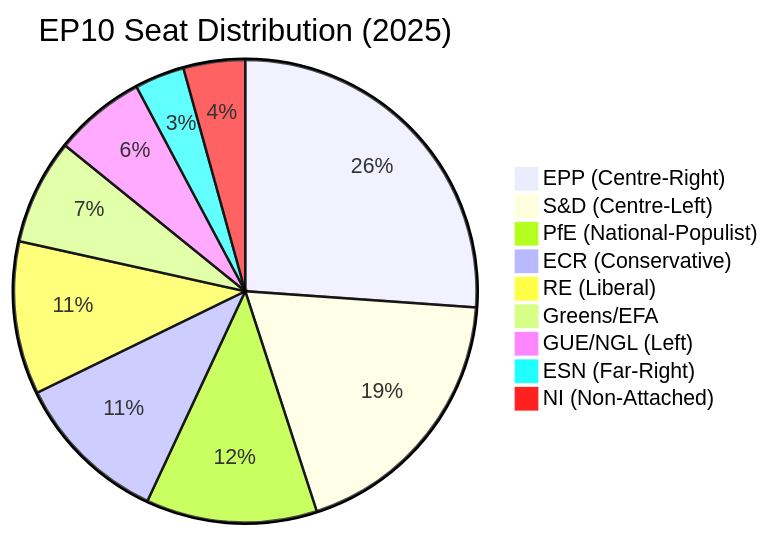
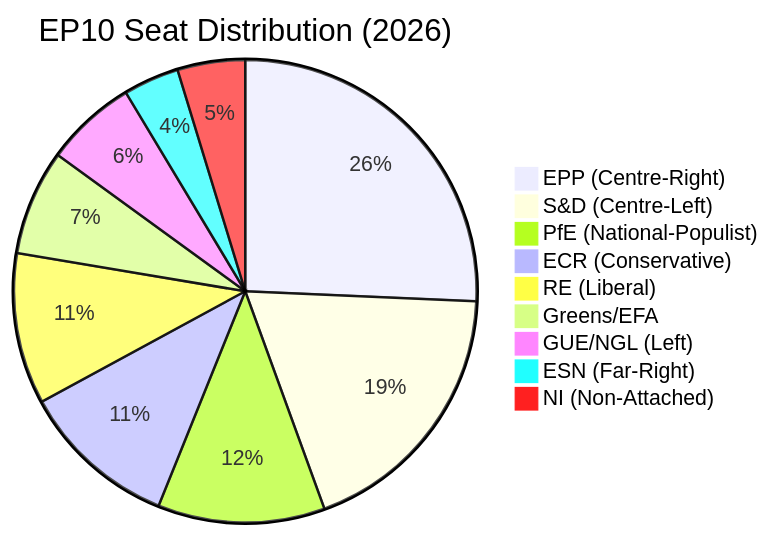
One commit to Hack23/European-Parliament-MCP-Server changed the first of 21 diagrams in api-markdown/_media/EP_POLITICAL_LANDSCAPE.md. Above: the diagram before and after it, drawn with Mermaid. The commit also changed other lines of this file and 1437 other files, not shown here.

````diff
--- a/api-markdown/_media/EP_POLITICAL_LANDSCAPE.md
+++ b/api-markdown/_media/EP_POLITICAL_LANDSCAPE.md
@@ -44,12 +46,12 @@
 ```mermaid
-pie title EP10 Seat Distribution (2025)
-    "EPP (Centre-Right)" : 188
-    "S&D (Centre-Left)" : 136
-    "PfE (National-Populist)" : 86
-    "ECR (Conservative)" : 78
-    "RE (Liberal)" : 77
+pie title EP10 Seat Distribution (2026)
+    "EPP (Centre-Right)" : 185
+    "S&D (Centre-Left)" : 135
+    "PfE (National-Populist)" : 84
+    "ECR (Conservative)" : 79
+    "RE (Liberal)" : 76
     "Greens/EFA" : 53
     "GUE/NGL (Left)" : 46
-    "ESN (Far-Right)" : 25
-    "NI (Non-Attached)" : 31
+    "ESN (Far-Right)" : 28
+    "NI (Non-Attached)" : 34
 ```
````
